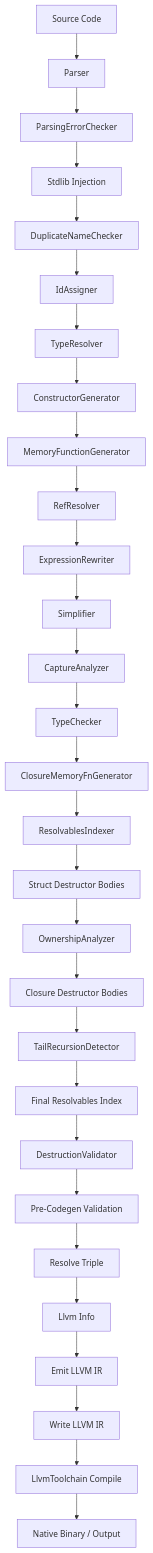
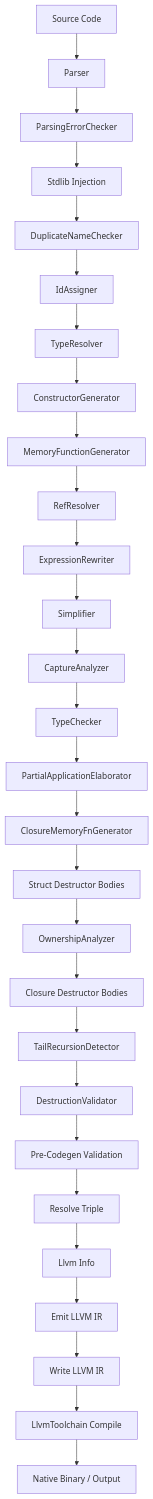
Before and after one commit to fedesilva/minnieml: the diagram in docs/design/compiler-design.md, drawn with Mermaid. The commit also changed other lines of this file and 23 other files, not shown here.

````diff
--- a/docs/design/compiler-design.md
+++ b/docs/design/compiler-design.md
@@ -1165,31 +1167,30 @@
 ```mermaid
 flowchart TD
     Source[Source Code] --> Parse[Parser]
     Parse --> PEC[ParsingErrorChecker]
     PEC --> Inject[Stdlib Injection]
     Inject --> DNC[DuplicateNameChecker]
     DNC --> IDA[IdAssigner]
     IDA --> TR[TypeResolver]
     TR --> CG[ConstructorGenerator]
     CG --> MFG[MemoryFunctionGenerator]
     MFG --> RR[RefResolver]
     RR --> ER[ExpressionRewriter]
     ER --> S[Simplifier]
     S --> CA[CaptureAnalyzer]
     CA --> TC[TypeChecker]
-    TC --> CMG[ClosureMemoryFnGenerator]
-    CMG --> RI[ResolvablesIndexer]
-    RI --> SD[Struct Destructor Bodies]
+    TC --> PAP[PartialApplicationElaborator]
+    PAP --> CMG[ClosureMemoryFnGenerator]
+    CMG --> SD[Struct Destructor Bodies]
     SD --> OA[OwnershipAnalyzer]
     OA --> DB[Closure Destructor Bodies]
     DB --> TRD[TailRecursionDetector]
-    TRD --> RIF[Final Resolvables Index]
-    RIF --> DV[DestructionValidator]
+    TRD --> DV[DestructionValidator]
     DV --> VAL[Pre-Codegen Validation]
     VAL --> RT[Resolve Triple]
     RT --> LI[Llvm Info]
     LI --> EM[Emit LLVM IR]
     EM --> WI[Write LLVM IR]
     WI --> TOOL[LlvmToolchain Compile]
     TOOL --> Binary[Native Binary / Output]
 ```
````
